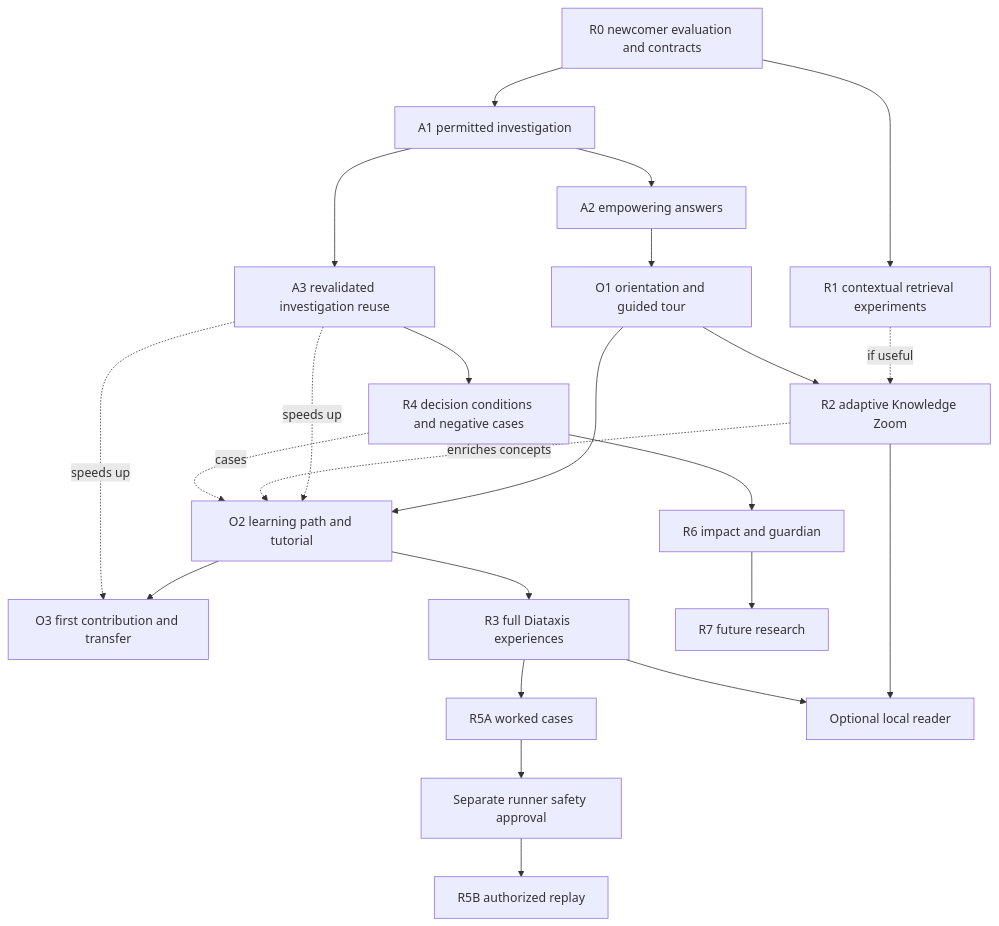
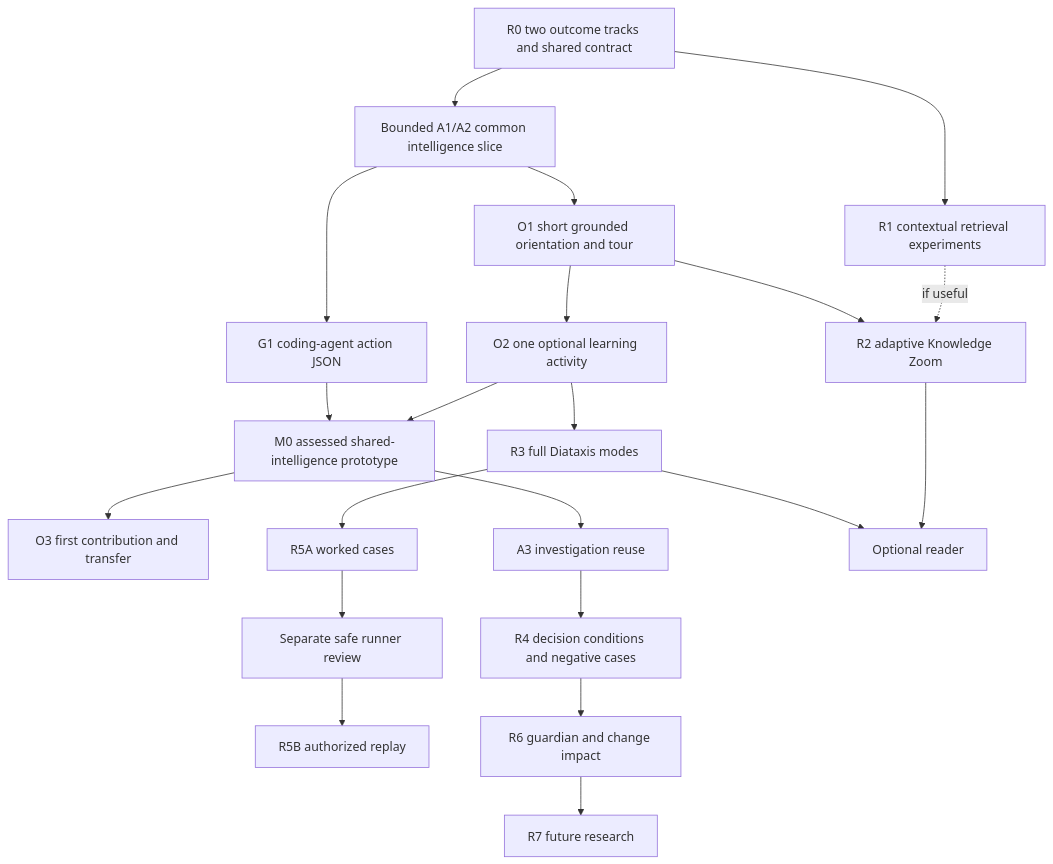
One commit to grove/lore changed the diagram in docs/KNOWLEDGE_EXPERIENCE_ROADMAP.md. Above: the diagram before and after it, drawn with Mermaid. The commit also changed other lines of this file, not shown here.

Commit message:
docs: add agent implementation track, shared M0 milestone and independent outcome gates

````diff
--- a/docs/KNOWLEDGE_EXPERIENCE_ROADMAP.md
+++ b/docs/KNOWLEDGE_EXPERIENCE_ROADMAP.md
@@ -379,25 +395,23 @@
 ```mermaid
 flowchart TD
-  R0[R0 newcomer evaluation and contracts] --> A1[A1 permitted investigation]
-  A1 --> A2[A2 empowering answers]
-  A2 --> O1[O1 orientation and guided tour]
-  O1 --> O2[O2 learning path and tutorial]
-  O2 --> O3[O3 first contribution and transfer]
-  A1 --> A3[A3 revalidated investigation reuse]
-  A3 -. speeds up .-> O2
-  A3 -. speeds up .-> O3
+  R0[R0 two outcome tracks and shared contract] --> B[Bounded A1/A2 common intelligence slice]
+  B --> O1[O1 short grounded orientation and tour]
+  O1 --> O2[O2 one optional learning activity]
+  B --> G1[G1 coding-agent action JSON]
+  O2 --> M0[M0 assessed shared-intelligence prototype]
+  G1 --> M0
+  M0 --> O3[O3 first contribution and transfer]
+  M0 --> A3[A3 investigation reuse]
   R0 --> R1[R1 contextual retrieval experiments]
   R1 -. if useful .-> R2[R2 adaptive Knowledge Zoom]
   O1 --> R2
-  R2 -. enriches concepts .-> O2
-  O2 --> R3[R3 full Diataxis experiences]
+  O2 --> R3[R3 full Diataxis modes]
   A3 --> R4[R4 decision conditions and negative cases]
-  R4 -. cases .-> O2
   R3 --> R5A[R5A worked cases]
-  R5A --> S[Separate runner safety approval]
+  R5A --> S[Separate safe runner review]
   S --> R5B[R5B authorized replay]
-  R4 --> R6[R6 impact and guardian]
-  R2 --> UI[Optional local reader]
+  R4 --> R6[R6 guardian and change impact]
+  R2 --> UI[Optional reader]
   R3 --> UI
   R6 --> R7[R7 future research]
 ```
````
